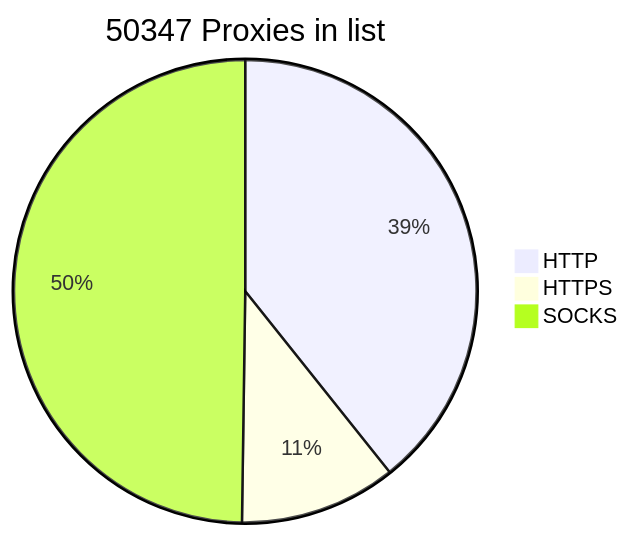
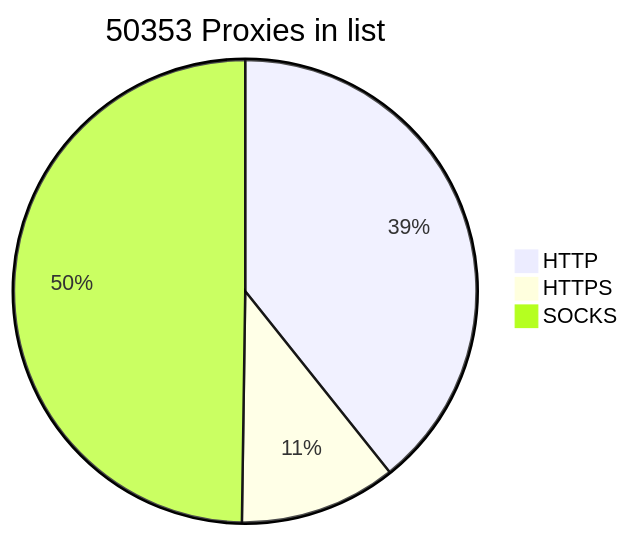
The diagram in README.md (BlackSnowDot/proxylist-update-every-minute), drawn with Mermaid before and after one commit.

````diff
--- a/README.md
+++ b/README.md
@@ -2,6 +2,6 @@
 ```mermaid
-pie title 50347 Proxies in list
-    "HTTP" : 21891
-    "HTTPS": 6102
-    "SOCKS" : 27742
+pie title 50353 Proxies in list
+    "HTTP" : 21893
+    "HTTPS": 6108
+    "SOCKS" : 27744
 ```
````
